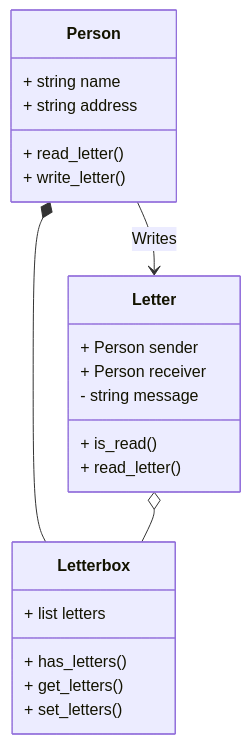
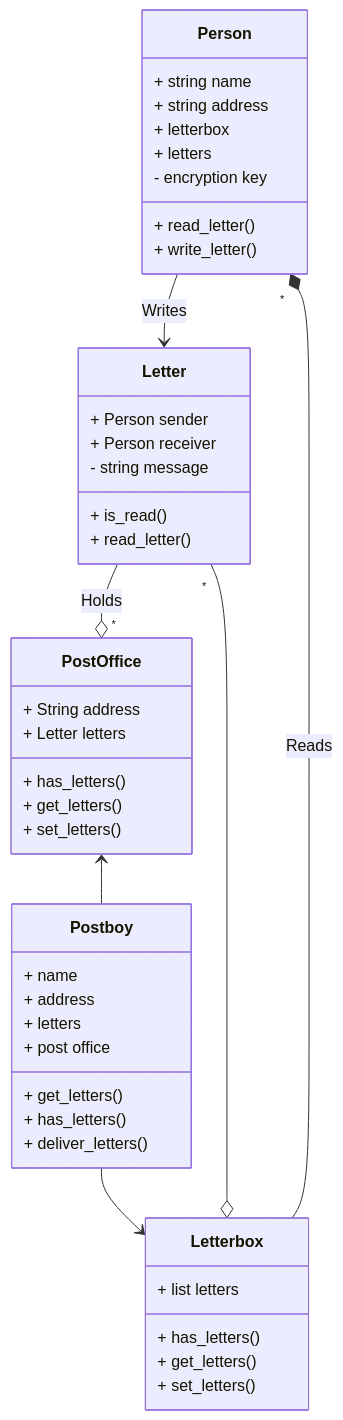
Before and after one commit to MightyMuso/Applied-Python-AT1: the first of 5 diagrams in uml.md, drawn with Mermaid. The commit also changed other lines of this file and 4 other files, not shown here.

Commit message:
Updated test cases Consolidated post_letter() and write_letter()

````diff
--- a/uml.md
+++ b/uml.md
@@ -1,26 +1,48 @@
 ``` mermaid
 classDiagram
     class Person {
         + string name
         + string address
+        + letterbox
+        + letters
+        - encryption key
         + read_letter()
         + write_letter()
     }
     class Letter {
         + Person sender
         + Person receiver
         - string message
         + is_read()   
         + read_letter()
     }
+    class Postboy {
+        + name
+        + address
+        + letters
+        + post office
+        + get_letters()
+        + has_letters()
+        + deliver_letters()
+    }
+    class PostOffice {
+        + String address
+        + Letter letters
+        + has_letters()
+        + get_letters()
+        + set_letters()
+    }
+    
     class Letterbox {
         + list letters
         + has_letters()
         + get_letters()     
         + set_letters()
     }
-    Person *-- Letterbox
+    Letterbox --* "*" Person: Reads
     Person --> Letter: Writes
-    Letter o-- Letterbox
-    Letterbox 
+    Letter --o "*" PostOffice: Holds
+    PostOffice <-- Postboy
+    Postboy --> Letterbox
+    Letter "*" --o Letterbox
 ```
````
